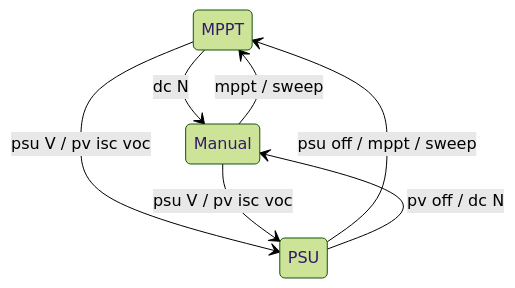
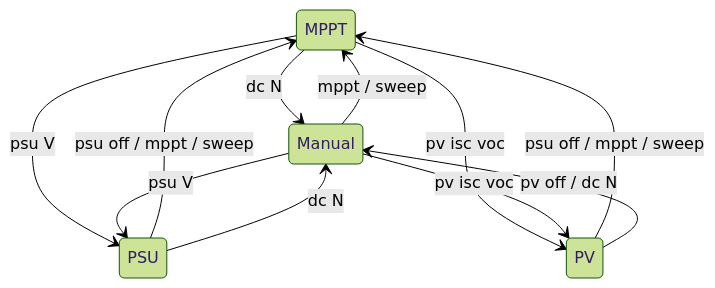
Before and after one commit to fl4p/fugu-mppt-firmware: the diagram in website/docs/guide/operating-modes.md, drawn with Mermaid (forest theme). The commit also changed other lines of this file and 2 other files, not shown here.

Commit message:
docs: review fixes: PV state in the mode diagram, bflow-test refusals, pairing window opens on first BLE start after boot, BLE name prefix, off-by-default service builds

````diff
--- a/website/docs/guide/operating-modes.md
+++ b/website/docs/guide/operating-modes.md
@@ -45,9 +45,13 @@
 ```mermaid
 stateDiagram-v2
   MPPT --> Manual: dc N
   Manual --> MPPT: mppt / sweep
-  MPPT --> PSU: psu V / pv isc voc
-  Manual --> PSU: psu V / pv isc voc
+  MPPT --> PSU: psu V
+  Manual --> PSU: psu V
+  MPPT --> PV: pv isc voc
+  Manual --> PV: pv isc voc
   PSU --> MPPT: psu off / mppt / sweep
-  PSU --> Manual: pv off / dc N
+  PV --> MPPT: psu off / mppt / sweep
+  PSU --> Manual: dc N
+  PV --> Manual: pv off / dc N
 ```
````
